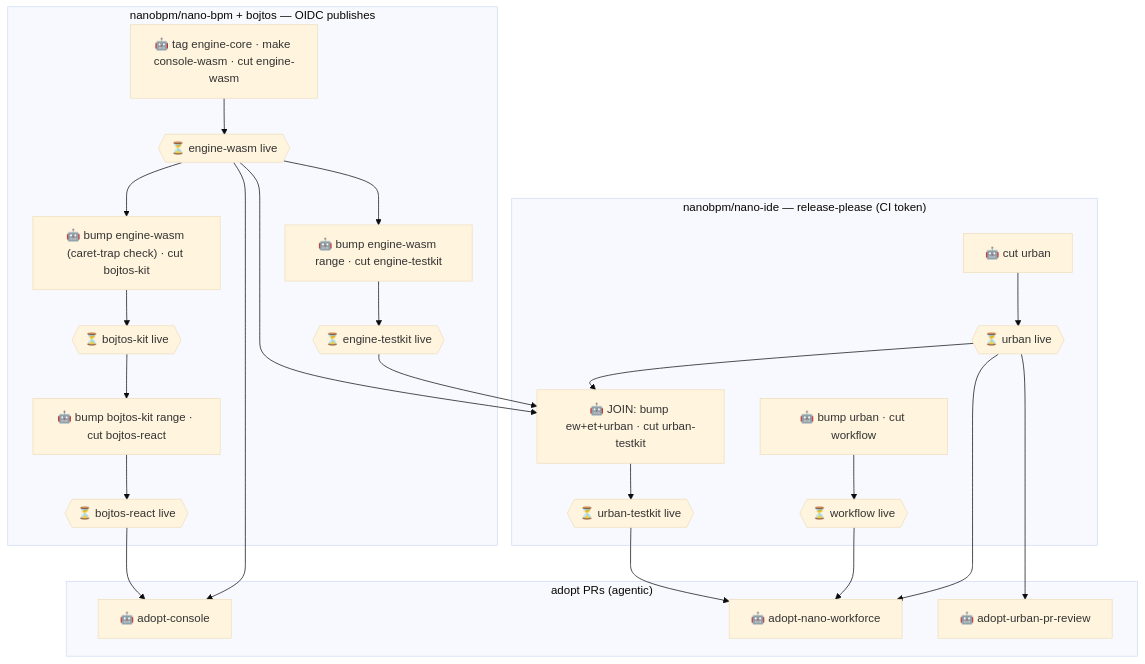
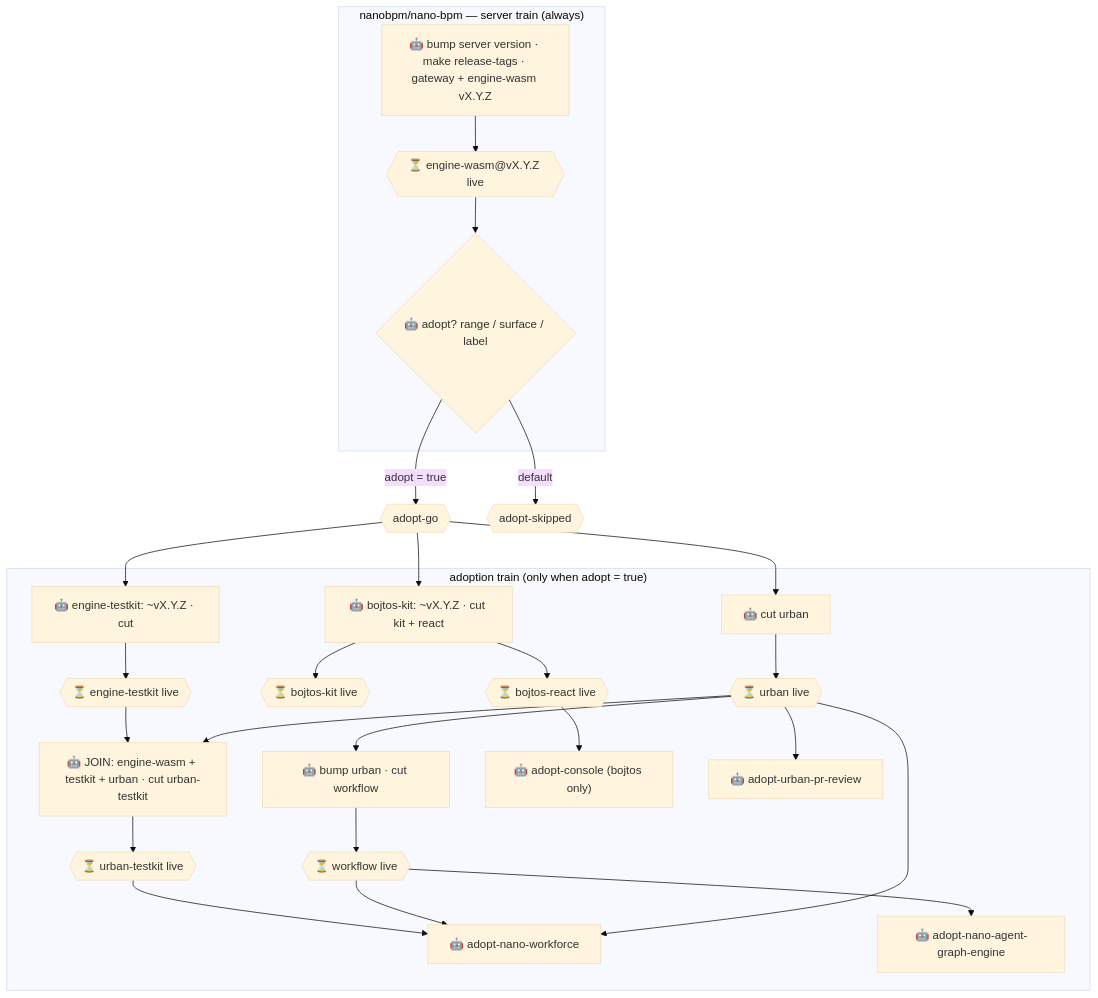
Before and after one commit to nanobpm/wasm-engine-release-graph: the diagram in README.md, drawn with Mermaid (base theme). The commit also changed other lines of this file and 2 other files, not shown here.

First line of the commit message:
feat(graph): one server-release graph with conditional downstream adoption

````diff
--- a/README.md
+++ b/README.md
@@ -62,31 +79,33 @@
 ```mermaid
 flowchart TD
-  subgraph engine_bojtos["nanobpm/nano-bpm + bojtos — OIDC publishes"]
-    ew-release["🤖 tag engine-core · make console-wasm · cut engine-wasm"] --> ew-live{{"⏳ engine-wasm live"}}
-    et-release["🤖 bump engine-wasm range · cut engine-testkit"] --> et-live{{"⏳ engine-testkit live"}}
-    bk-release["🤖 bump engine-wasm (caret-trap check) · cut bojtos-kit"] --> bk-live{{"⏳ bojtos-kit live"}}
-    br-release["🤖 bump bojtos-kit range · cut bojtos-react"] --> br-live{{"⏳ bojtos-react live"}}
+  subgraph server["nanobpm/nano-bpm — server train (always)"]
+    srv-release["🤖 bump server version · make release-tags · gateway + engine-wasm vX.Y.Z"] --> srv-live{{"⏳ engine-wasm@vX.Y.Z live"}}
+    srv-live --> adopt-decision{"🤖 adopt? range / surface / label"}
   end
-  subgraph urban_train["nanobpm/nano-ide — release-please (CI token)"]
+  adopt-decision -- "adopt = true" --> adopt-go{{"adopt-go"}}
+  adopt-decision -- "default" --> adopt-skipped{{"adopt-skipped"}}
+  subgraph downstream["adoption train (only when adopt = true)"]
+    et-release["🤖 engine-testkit: ~vX.Y.Z · cut"] --> et-live{{"⏳ engine-testkit live"}}
+    bk-release["🤖 bojtos-kit: ~vX.Y.Z · cut kit + react"] --> bk-live{{"⏳ bojtos-kit live"}}
+    bk-release --> br-live{{"⏳ bojtos-react live"}}
     urban-release["🤖 cut urban"] --> urban-live{{"⏳ urban live"}}
     wf-bump["🤖 bump urban · cut workflow"] --> wf-live{{"⏳ workflow live"}}
-    ut-bump["🤖 JOIN: bump ew+et+urban · cut urban-testkit"] --> ut-live{{"⏳ urban-testkit live"}}
-  end
-  subgraph sinks["adopt PRs (agentic)"]
-    adopt-console["🤖 adopt-console"]
+    ut-bump["🤖 JOIN: engine-wasm + testkit + urban · cut urban-testkit"] --> ut-live{{"⏳ urban-testkit live"}}
+    adopt-console["🤖 adopt-console (bojtos only)"]
     adopt-nwf["🤖 adopt-nano-workforce"]
     adopt-upr["🤖 adopt-urban-pr-review"]
+    adopt-nage["🤖 adopt-nano-agent-graph-engine"]
   end
-  ew-live --> et-release
-  ew-live --> bk-release
-  bk-live --> br-release
-  ew-live --> ut-bump
+  adopt-go --> et-release
+  adopt-go --> bk-release
+  adopt-go --> urban-release
+  urban-live --> wf-bump
   et-live --> ut-bump
   urban-live --> ut-bump
   br-live --> adopt-console
-  ew-live --> adopt-console
   ut-live --> adopt-nwf
   wf-live --> adopt-nwf
   urban-live --> adopt-nwf
   urban-live --> adopt-upr
+  wf-live --> adopt-nage
 ```
````
